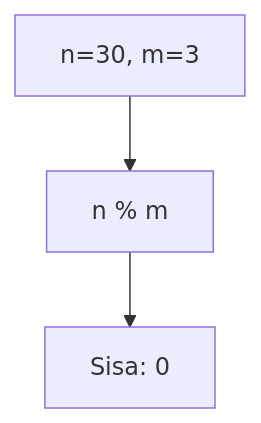
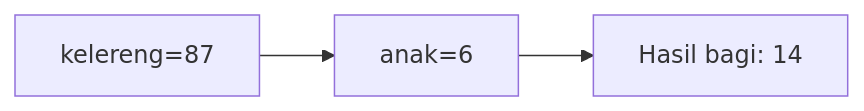
One commit to amnahwaida/OSNK_INF_PREP changed diagram 17 of 25 in part-c-pemahaman-cpp/01-tipe-data/latihan/set-08.md. Above: the diagram before and after it, drawn with Mermaid. The commit also changed other lines of this file and 71 other files, not shown here.

````diff
--- a/part-c-pemahaman-cpp/01-tipe-data/latihan/set-08.md
+++ b/part-c-pemahaman-cpp/01-tipe-data/latihan/set-08.md
@@ -459,5 +480,5 @@
 ```mermaid
-graph TD
-A["n=30, m=3"] --> B["n % m"]
-B --> C["Sisa: 0"]
+graph LR
+A["kelereng=87"] --> B["anak=6"]
+B --> C["Hasil bagi: 14"]
 ```
````
